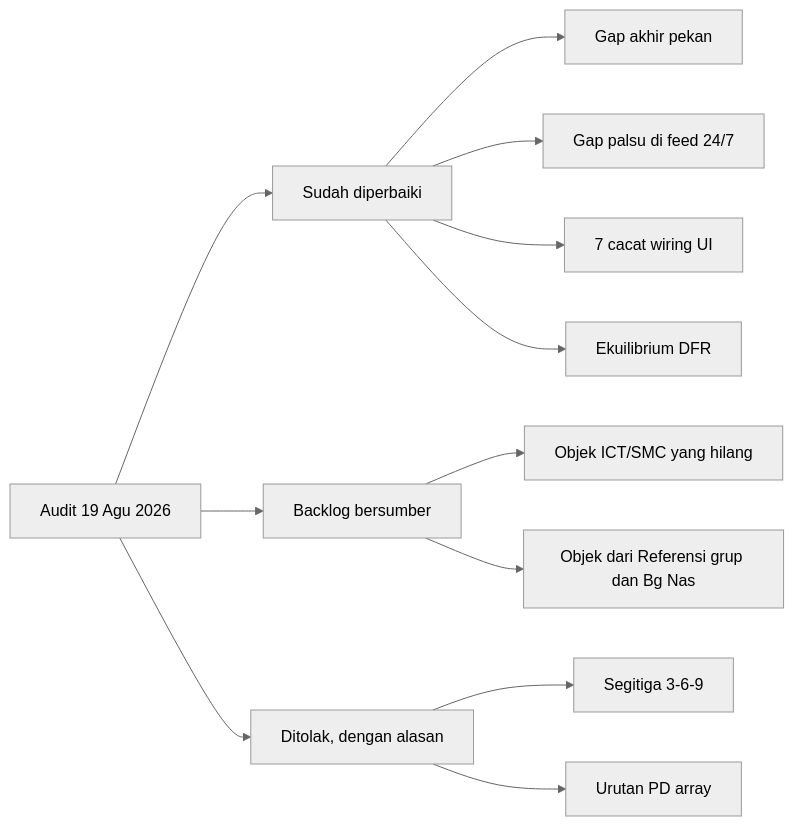
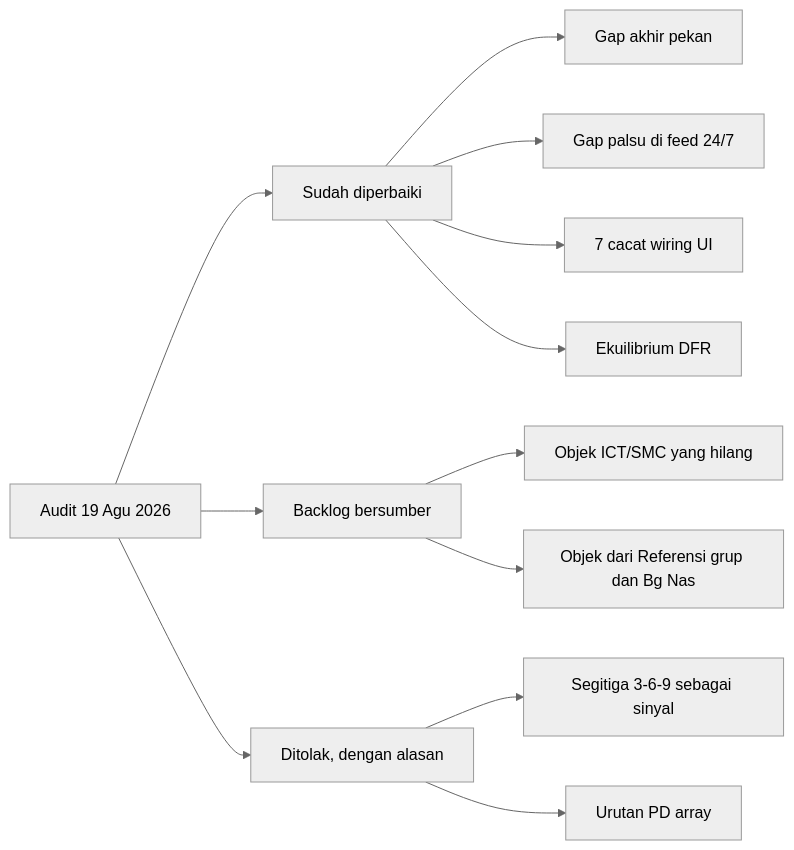
Before and after one commit to GifariKemal/Zonelab: the diagram in docs/BACKLOG.md, drawn with Mermaid (neutral theme). The commit also changed other lines of this file and 15 other files, not shown here.

````diff
--- a/docs/BACKLOG.md
+++ b/docs/BACKLOG.md
@@ -23,14 +23,14 @@
 ```mermaid
 flowchart LR
   A[Audit 19 Agu 2026] --> B[Sudah diperbaiki]
   A --> C[Backlog bersumber]
   A --> D[Ditolak, dengan alasan]
   B --> B1[Gap akhir pekan]
   B --> B2[Gap palsu di feed 24/7]
   B --> B3[7 cacat wiring UI]
   B --> B4[Ekuilibrium DFR]
   C --> C1[Objek ICT/SMC yang hilang]
   C --> C2[Objek dari Referensi grup dan Bg Nas]
-  D --> D1[Segitiga 3-6-9]
+  D --> D1[Segitiga 3-6-9 sebagai sinyal]
   D --> D2[Urutan PD array]
 ```
````
